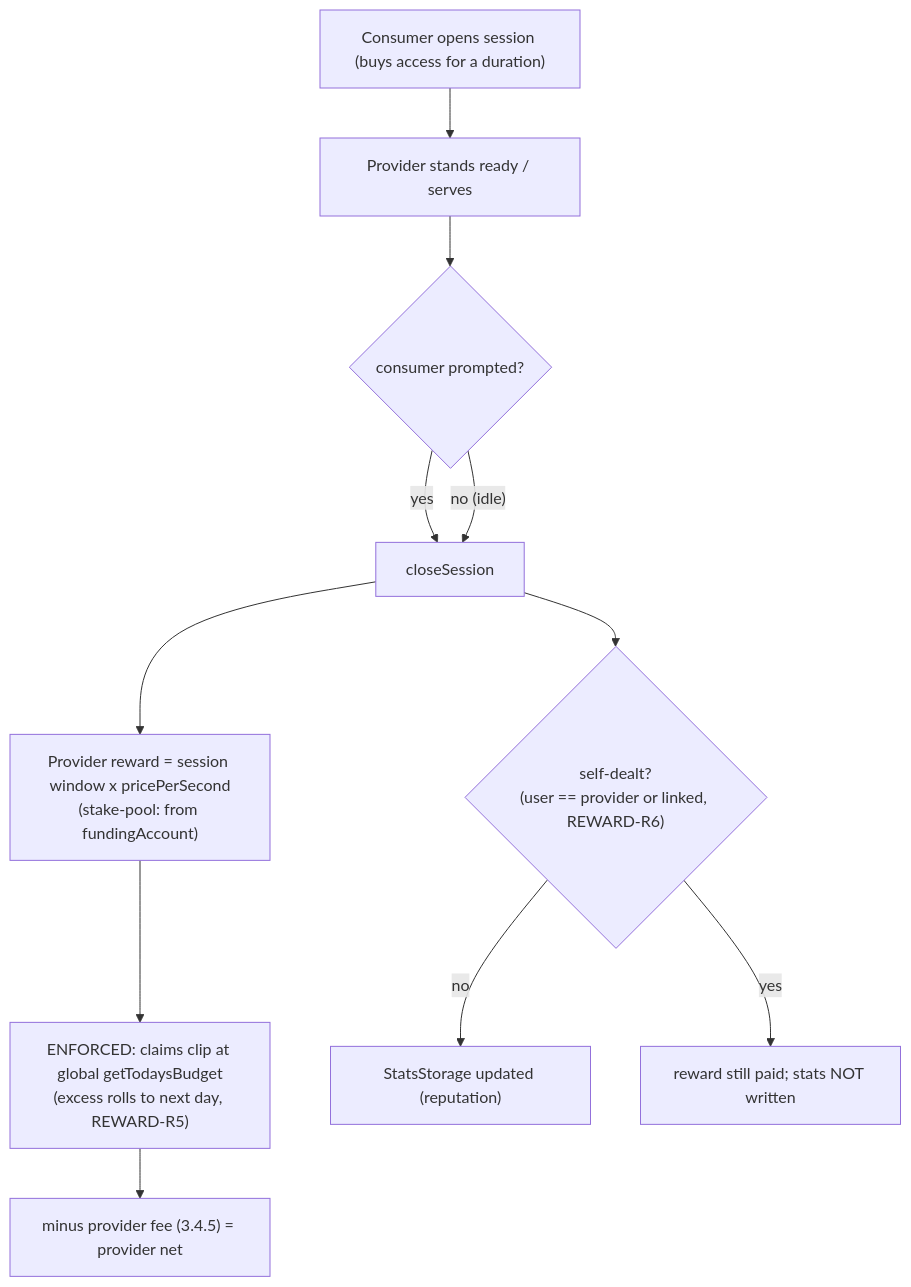
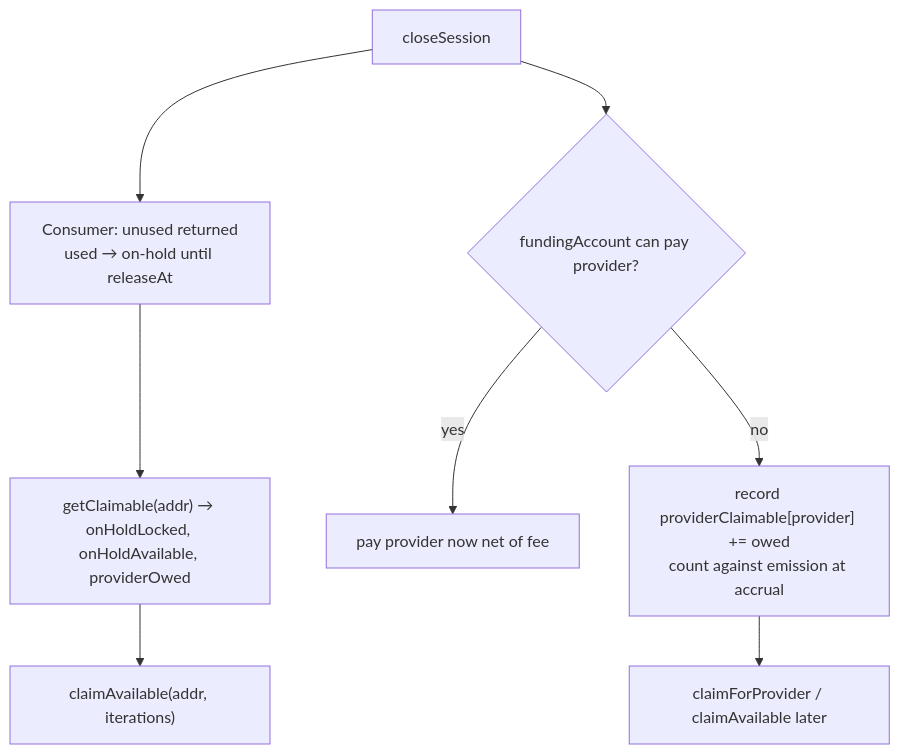
Before and after one commit to cowboycoderhq/Morpheus-Lumerin-Node: the third of 4 diagrams in smart-contracts/docs/inference-contract-enhancements-rfp.md, drawn with Mermaid. The commit also changed other lines of this file and 2 other files, not shown here.

````diff
--- a/smart-contracts/docs/inference-contract-enhancements-rfp.md
+++ b/smart-contracts/docs/inference-contract-enhancements-rfp.md
@@ -711,13 +246,10 @@
 ```mermaid
 flowchart TD
-  C["Consumer opens session (buys access for a duration)"] --> A["Provider stands ready / serves"]
-  A --> P{"consumer prompted?"}
-  P -->|"yes"| CL["closeSession"]
-  P -->|"no (idle)"| CL
-  CL --> R["Provider reward = session window x pricePerSecond<br/>(stake-pool: from fundingAccount)"]
-  R --> B["ENFORCED: claims clip at global getTodaysBudget<br/>(excess rolls to next day, REWARD-R5)"]
-  B --> F["minus provider fee (3.4.5) = provider net"]
-  CL --> S{"self-dealt?<br/>(user == provider or linked, REWARD-R6)"}
-  S -->|"no"| ST["StatsStorage updated (reputation)"]
-  S -->|"yes"| SKIP["reward still paid; stats NOT written"]
+  CLOSE["closeSession"] --> USER["Consumer: unused returned<br/>used → on-hold until releaseAt"]
+  CLOSE --> FUND{"fundingAccount can pay provider?"}
+  FUND -->|yes| PAY["pay provider now net of fee"]
+  FUND -->|no| DEBT["record providerClaimable[provider] += owed<br/>count against emission at accrual"]
+  DEBT --> CLAIM["claimForProvider / claimAvailable later"]
+  USER --> VIEW["getClaimable(addr) → onHoldLocked, onHoldAvailable, providerOwed"]
+  VIEW --> WITHDRAW["claimAvailable(addr, iterations)"]
 ```
````
